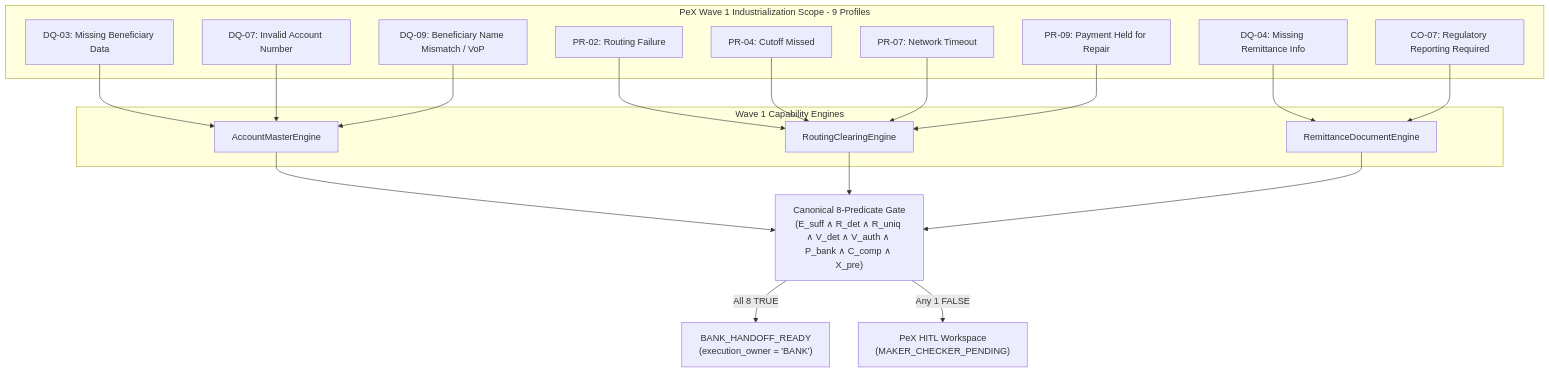
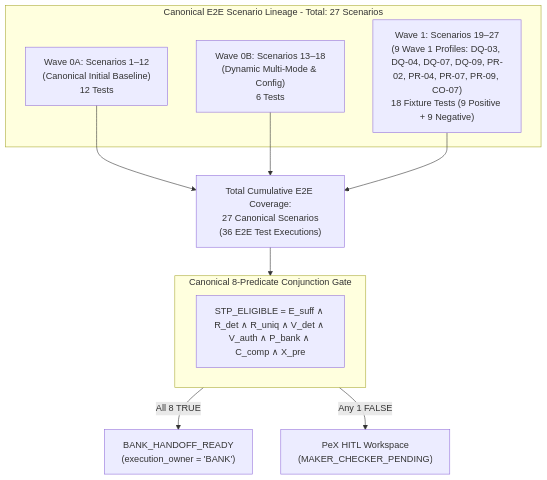
One commit to pawanzone/PeX changed the diagram in PeX_Wave1_Implementation_Report_v0.1.md. Above: the diagram before and after it, drawn with Mermaid. The commit also changed other lines of this file and 32 other files, not shown here.

Commit message:
chore(wave1): reconcile E2E scenario lineage 19-27, policy parameter status, and DQ-07 wording

````diff
--- a/PeX_Wave1_Implementation_Report_v0.1.md
+++ b/PeX_Wave1_Implementation_Report_v0.1.md
@@ -17,37 +19,20 @@
 ```mermaid
 flowchart TD
-    subgraph Wave1_Scope [PeX Wave 1 Industrialization Scope - 9 Profiles]
-        DQ03["DQ-03: Missing Beneficiary Data"]
-        DQ04["DQ-04: Missing Remittance Info"]
-        DQ07["DQ-07: Invalid Account Number"]
-        DQ09["DQ-09: Beneficiary Name Mismatch / VoP"]
-        PR02["PR-02: Routing Failure"]
-        PR04["PR-04: Cutoff Missed"]
-        PR07["PR-07: Network Timeout"]
-        PR09["PR-09: Payment Held for Repair"]
-        CO07["CO-07: Regulatory Reporting Required"]
+    subgraph Lineage_E2E [Canonical E2E Scenario Lineage - Total: 27 Scenarios]
+        W0A["Wave 0A: Scenarios 1–12\n(Canonical Initial Baseline)\n12 Tests"]
+        W0B["Wave 0B: Scenarios 13–18\n(Dynamic Multi-Mode & Config)\n6 Tests"]
+        W1["Wave 1: Scenarios 19–27\n(9 Wave 1 Profiles: DQ-03, DQ-04, DQ-07, DQ-09, PR-02, PR-04, PR-07, PR-09, CO-07)\n18 Fixture Tests (9 Positive + 9 Negative)"]
     end
 
-    subgraph Capability_Engines [Wave 1 Capability Engines]
-        AME["AccountMasterEngine"]
-        RCE["RoutingClearingEngine"]
-        RDE["RemittanceDocumentEngine"]
+    W0A --> Total["Total Cumulative E2E Coverage:\n27 Canonical Scenarios\n(36 E2E Test Executions)"]
+    W0B --> Total
+    W1 --> Total
+
+    subgraph Gate_Eval [Canonical 8-Predicate Conjunction Gate]
+        E8["STP_ELIGIBLE = E_suff ∧ R_det ∧ R_uniq ∧ V_det ∧ V_auth ∧ P_bank ∧ C_comp ∧ X_pre"]
     end
 
-    DQ03 --> AME
-    DQ07 --> AME
-    DQ09 --> AME
-    PR02 --> RCE
-    PR04 --> RCE
-    PR07 --> RCE
-    PR09 --> RCE
-    DQ04 --> RDE
-    CO07 --> RDE
-
-    AME --> Gate["Canonical 8-Predicate Gate\n(E_suff ∧ R_det ∧ R_uniq ∧ V_det ∧ V_auth ∧ P_bank ∧ C_comp ∧ X_pre)"]
-    RCE --> Gate
-    RDE --> Gate
-
-    Gate -->|All 8 TRUE| Handoff["BANK_HANDOFF_READY\n(execution_owner = 'BANK')"]
-    Gate -->|Any 1 FALSE| HITL["PeX HITL Workspace\n(MAKER_CHECKER_PENDING)"]
+    Total --> Gate_Eval
+    Gate_Eval -->|All 8 TRUE| Handoff["BANK_HANDOFF_READY\n(execution_owner = 'BANK')"]
+    Gate_Eval -->|Any 1 FALSE| HITL["PeX HITL Workspace\n(MAKER_CHECKER_PENDING)"]
 ```
````
